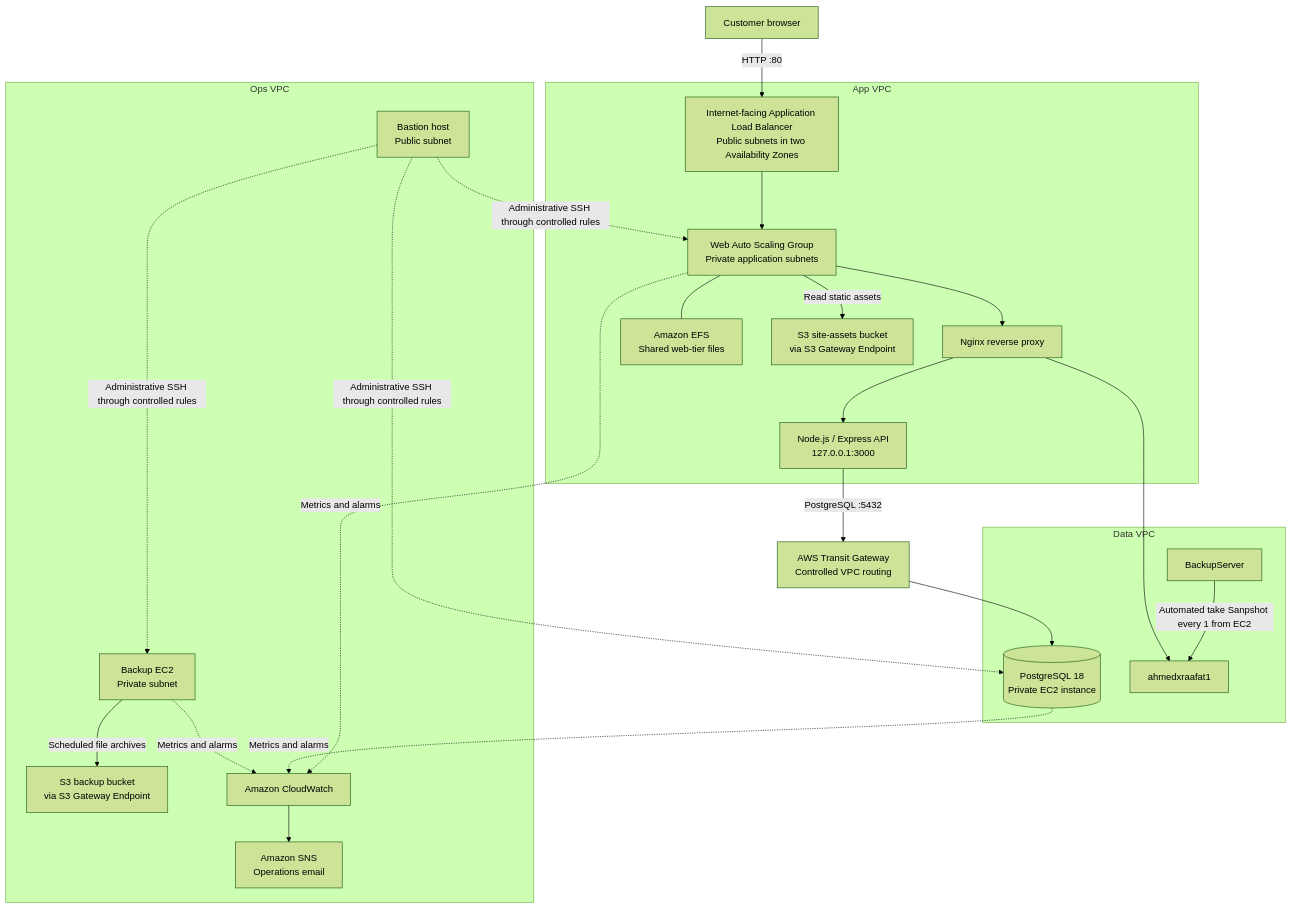
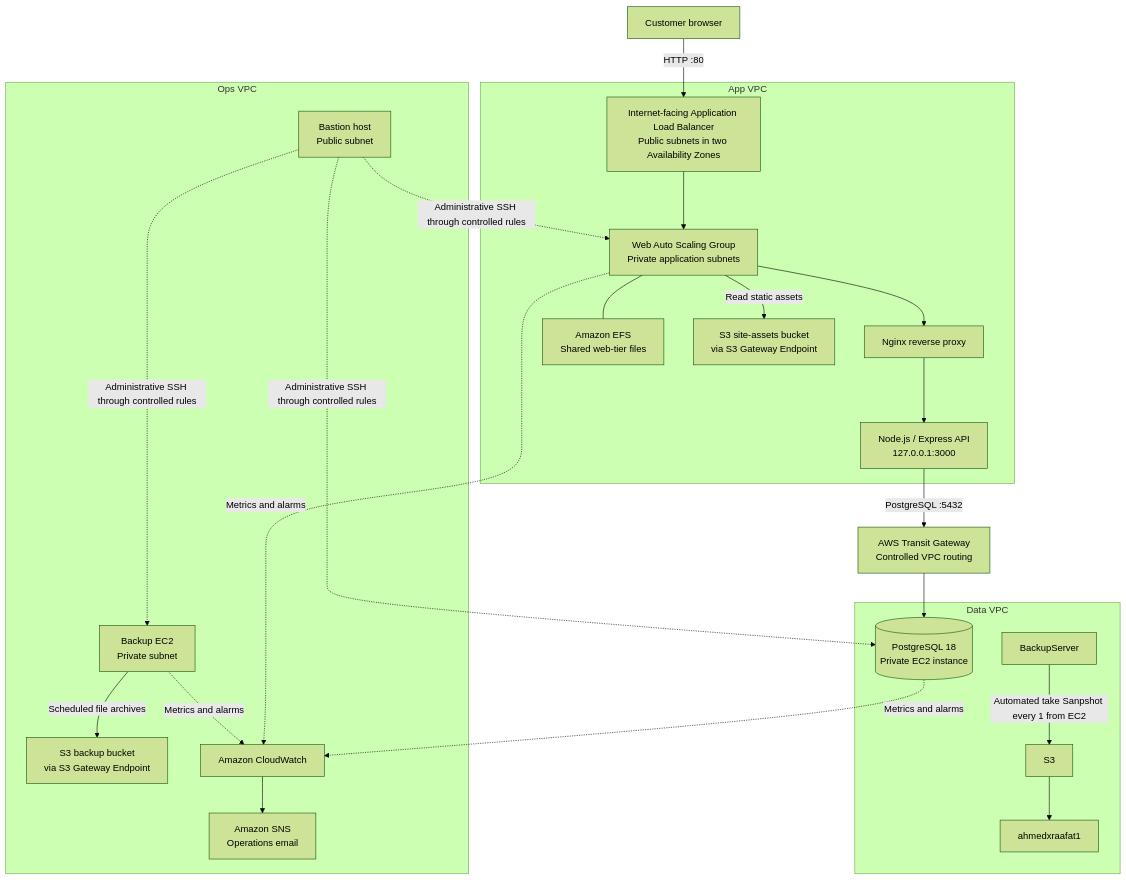
One commit to ahmadraafat22/CloudNova changed the diagram in README.md. Above: the diagram before and after it, drawn with Mermaid (forest theme).

Commit message:
Fix S3 reference in Data VPC diagram

````diff
--- a/README.md
+++ b/README.md
@@ -76,37 +76,37 @@
 ```mermaid
 flowchart TB
     U[Customer browser] -->|HTTP :80| ALB[Internet-facing Application Load Balancer\nPublic subnets in two Availability Zones]
 
     subgraph APP[App VPC]
         ALB --> ASG[Web Auto Scaling Group\nPrivate application subnets]
         ASG --> N[Nginx reverse proxy]
         N --> API[Node.js / Express API\n127.0.0.1:3000]
         ASG --- EFS[Amazon EFS\nShared web-tier files]
         ASG -->|Read static assets| S3SITE[S3 site-assets bucket\nvia S3 Gateway Endpoint]
     end
 
     subgraph DATA[Data VPC]
         DB[(PostgreSQL 18\nPrivate EC2 instance)]
         BackupServer -->|Automated take Sanpshot every 1 from EC2|S3
-        N-->S3[ahmedxraafat1]
+        S3-->ahmedxraafat1
     end
 
     subgraph OPS[Ops VPC]
         B[Bastion host\nPublic subnet]
         BK[Backup EC2\nPrivate subnet]
         S3BACKUP[S3 backup bucket\nvia S3 Gateway Endpoint]
         CW[Amazon CloudWatch]
         SNS[Amazon SNS\nOperations email]
         BK -->|Scheduled file archives| S3BACKUP
         CW --> SNS
     end
 
     API -->|PostgreSQL :5432| TGW[AWS Transit Gateway\nControlled VPC routing]
     TGW --> DB
     B -. Administrative SSH through controlled rules .-> ASG
     B -. Administrative SSH through controlled rules .-> DB
     B -. Administrative SSH through controlled rules .-> BK
     ASG -. Metrics and alarms .-> CW
     DB -. Metrics and alarms .-> CW
     BK -. Metrics and alarms .-> CW
 ```
````
